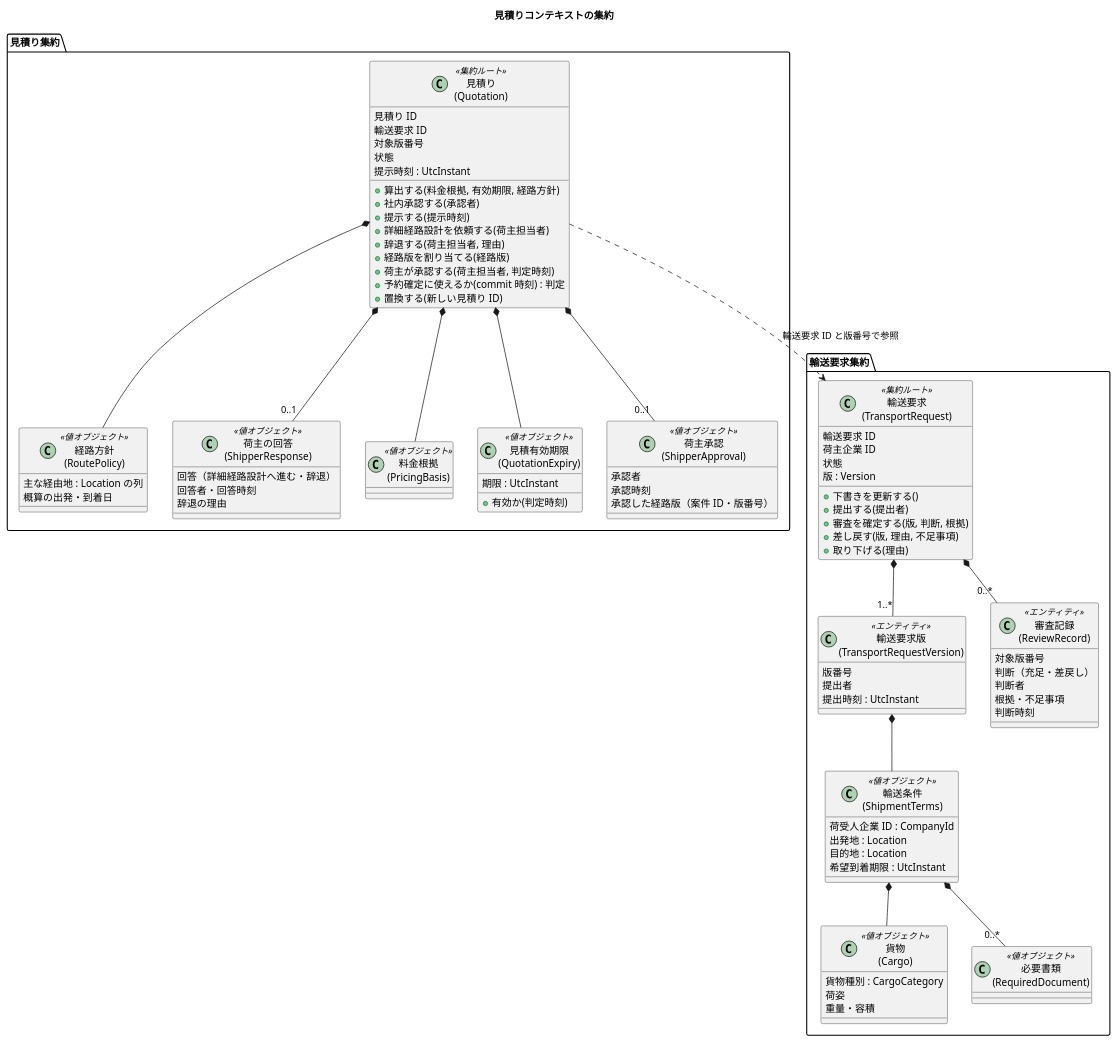
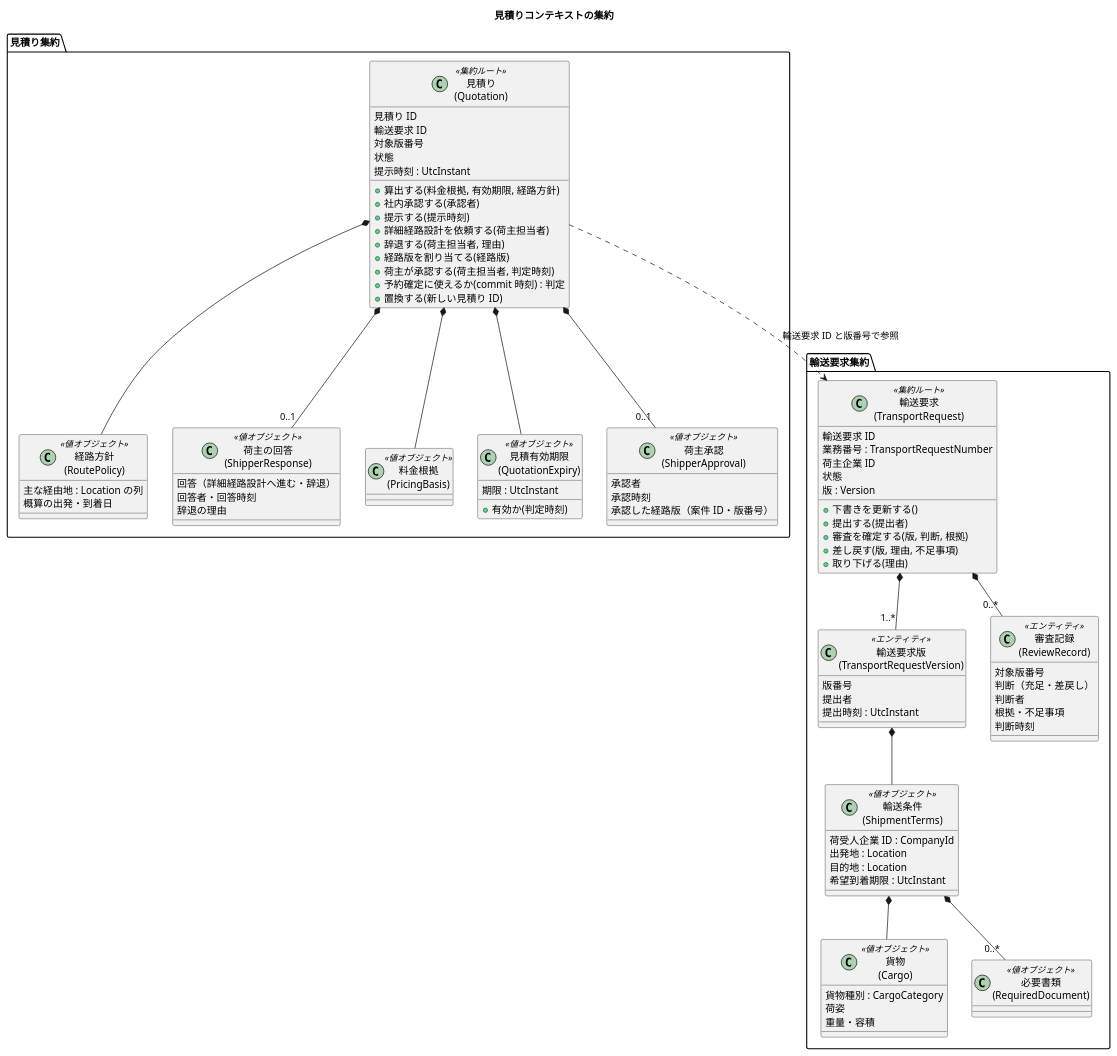
One commit to k2works/practical-domain-driven-design-in-enterpris-application changed the third of 15 diagrams in docs/design/cargo-tracker/domain_model.md. Above: the diagram before and after it, drawn with PlantUML. The commit also changed other lines of this file and 9 other files, not shown here.

```diff
--- a/docs/design/cargo-tracker/domain_model.md
+++ b/docs/design/cargo-tracker/domain_model.md
@@ -188,6 +188,7 @@
 package "輸送要求集約" {
   class "輸送要求\n(TransportRequest)" as TR <<集約ルート>> {
     輸送要求 ID
+    業務番号 : TransportRequestNumber
     荷主企業 ID
     状態
     版 : Version
```
